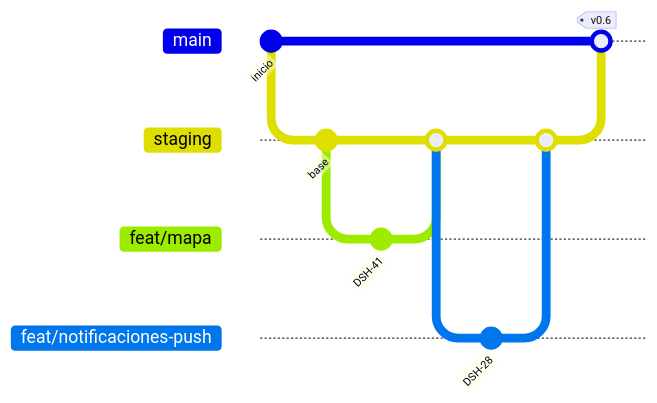
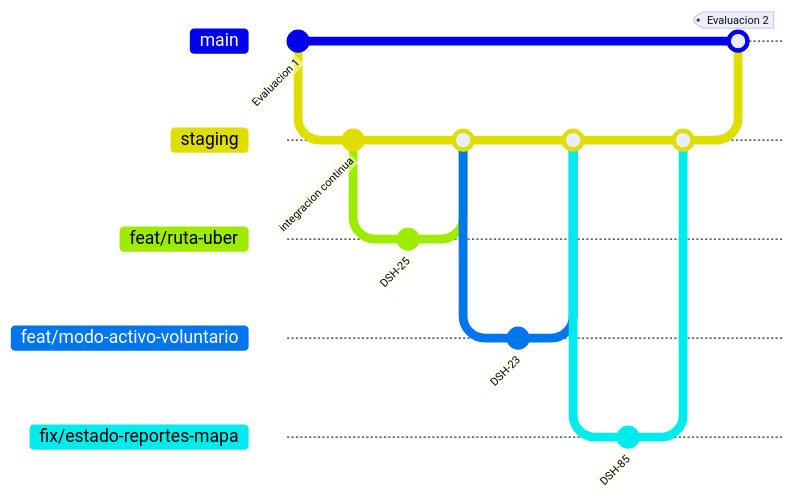
The diagram in docs/modelo-ramas.md (MikeBarranco/Dasha), drawn with Mermaid before and after one commit. The commit also changed other lines of this file, not shown here.

Commit message:
DSH-93 Actualizar el diagrama de ramas con el trabajo del periodo actual
El diagrama mostraba ramas de la primera fase del proyecto y una etiqueta de
version que ya no correspondia. Ahora refleja el flujo real del periodo: sale de
integracion, una rama por objetivo con su codigo de historia, y el cierre
etiquetado en la segunda evaluacion.

Se agrega una seccion con los numeros del periodo (130 pull requests y 111 ramas
entre el 22 de junio y el 20 de julio) y la razon de mantener ramas pequenas.

````diff
--- a/docs/modelo-ramas.md
+++ b/docs/modelo-ramas.md
@@ -13,19 +13,24 @@
 ```mermaid
 gitGraph
-   commit id: "inicio"
+   commit id: "Evaluacion 1"
    branch staging
    checkout staging
-   commit id: "base"
-   branch feat/mapa
-   checkout feat/mapa
-   commit id: "DSH-41"
+   commit id: "integracion continua"
+   branch feat/ruta-uber
+   checkout feat/ruta-uber
+   commit id: "DSH-25"
    checkout staging
-   merge feat/mapa
-   branch feat/notificaciones-push
-   checkout feat/notificaciones-push
-   commit id: "DSH-28"
+   merge feat/ruta-uber
+   branch feat/modo-activo-voluntario
+   checkout feat/modo-activo-voluntario
+   commit id: "DSH-23"
    checkout staging
-   merge feat/notificaciones-push
+   merge feat/modo-activo-voluntario
+   branch fix/estado-reportes-mapa
+   checkout fix/estado-reportes-mapa
+   commit id: "DSH-85"
+   checkout staging
+   merge fix/estado-reportes-mapa
    checkout main
-   merge staging tag: "v0.6"
+   merge staging tag: "Evaluacion 2"
 ```
````
